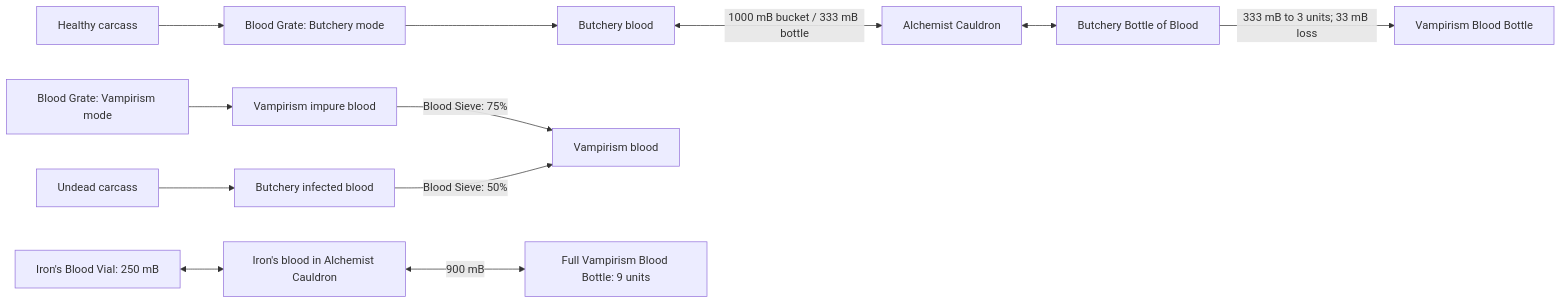
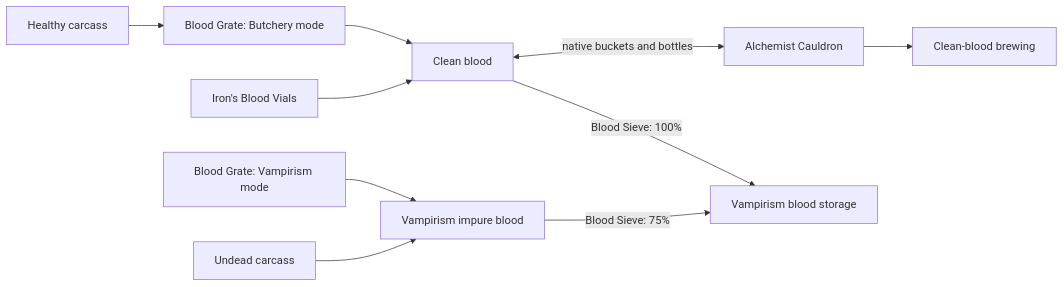
The fourth of 5 diagrams in README.md (usersina/mc-fantasy-packwiz), drawn with Mermaid before and after one commit. The commit also changed other lines of this file and 30 other files, not shown here.

Commit message:
feat: rework blood economy with clean/impure fluid tags and fantasy-blood-compat mod

````diff
--- a/README.md
+++ b/README.md
@@ -310,14 +308,12 @@
 ```mermaid
 flowchart LR
   healthy["Healthy carcass"] --> butcherGrate["Blood Grate: Butchery mode"]
-  butcherGrate --> butcherBlood["Butchery blood"]
-  butcherBlood <-->|"1000 mB bucket / 333 mB bottle"| cauldron["Alchemist Cauldron"]
-  cauldron <--> butcherBottle["Butchery Bottle of Blood"]
-  butcherBottle -->|"333 mB to 3 units; 33 mB loss"| vamp3["Vampirism Blood Bottle"]
+  butcherGrate --> clean["Clean blood"]
+  iron["Iron's Blood Vials"] --> clean
+  clean <-->|"native buckets and bottles"| cauldron["Alchemist Cauldron"]
+  cauldron --> vellum["Clean-blood brewing"]
+  clean -->|"Blood Sieve: 100%"| vampBlood["Vampirism blood storage"]
   vampMode["Blood Grate: Vampirism mode"] --> impure["Vampirism impure blood"]
-  impure -->|"Blood Sieve: 75%"| vampBlood["Vampirism blood"]
-  undead["Undead carcass"] --> infected["Butchery infected blood"]
-  infected -->|"Blood Sieve: 50%"| vampBlood
-  ironVial["Iron's Blood Vial: 250 mB"] <--> ironFluid["Iron's blood in Alchemist Cauldron"]
-  ironFluid <-->|"900 mB"| vamp9["Full Vampirism Blood Bottle: 9 units"]
+  undead["Undead carcass"] --> impure
+  impure -->|"Blood Sieve: 75%"| vampBlood
 ```
````
